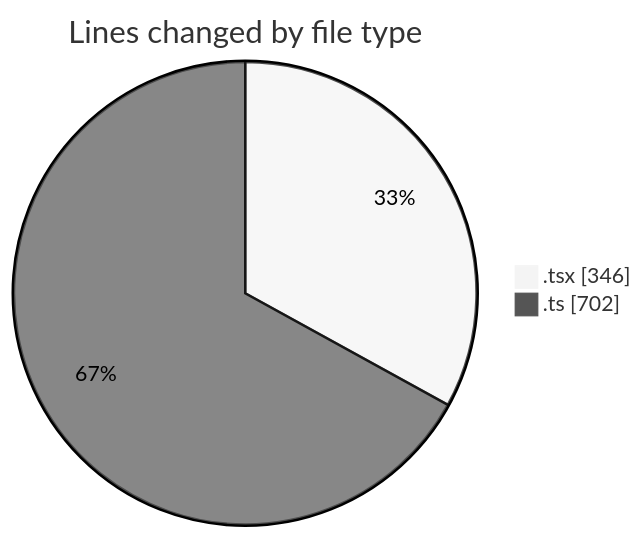
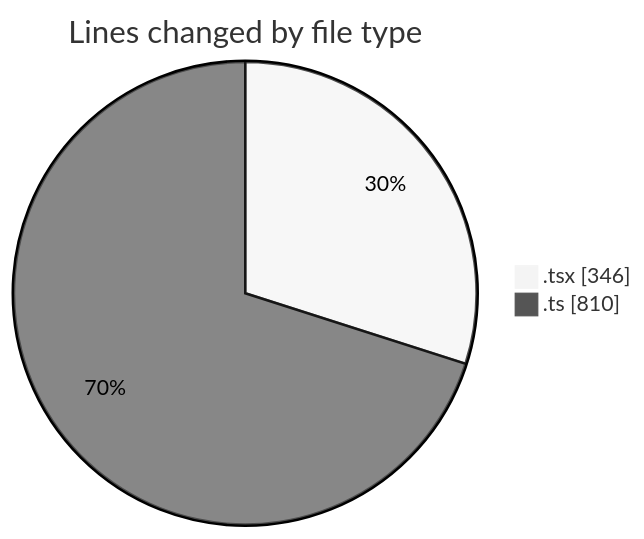
The first of 2 diagrams in 2026-02-05/nxtqube_webapp/README.md (nxtqubesakshisongat/code-tracking), drawn with Mermaid (neutral theme) before and after one commit. The commit also changed other lines of this file and 1 other file, not shown here.

````diff
--- a/2026-02-05/nxtqube_webapp/README.md
+++ b/2026-02-05/nxtqube_webapp/README.md
@@ -24,6 +25,6 @@
 ```mermaid
 pie showData
 title Lines changed by file type
 ".tsx" : 346
-".ts" : 702
+".ts" : 810
 ```
````
